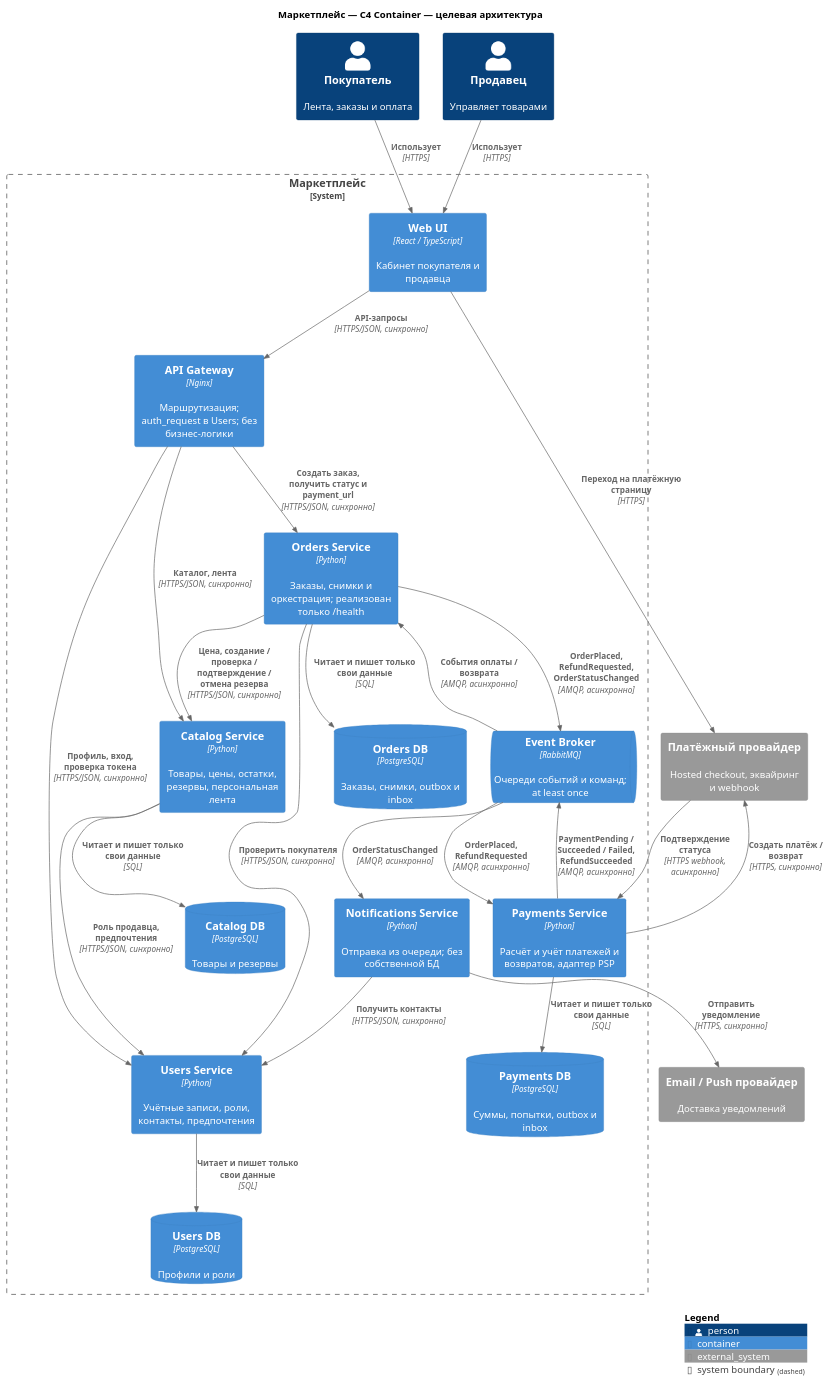
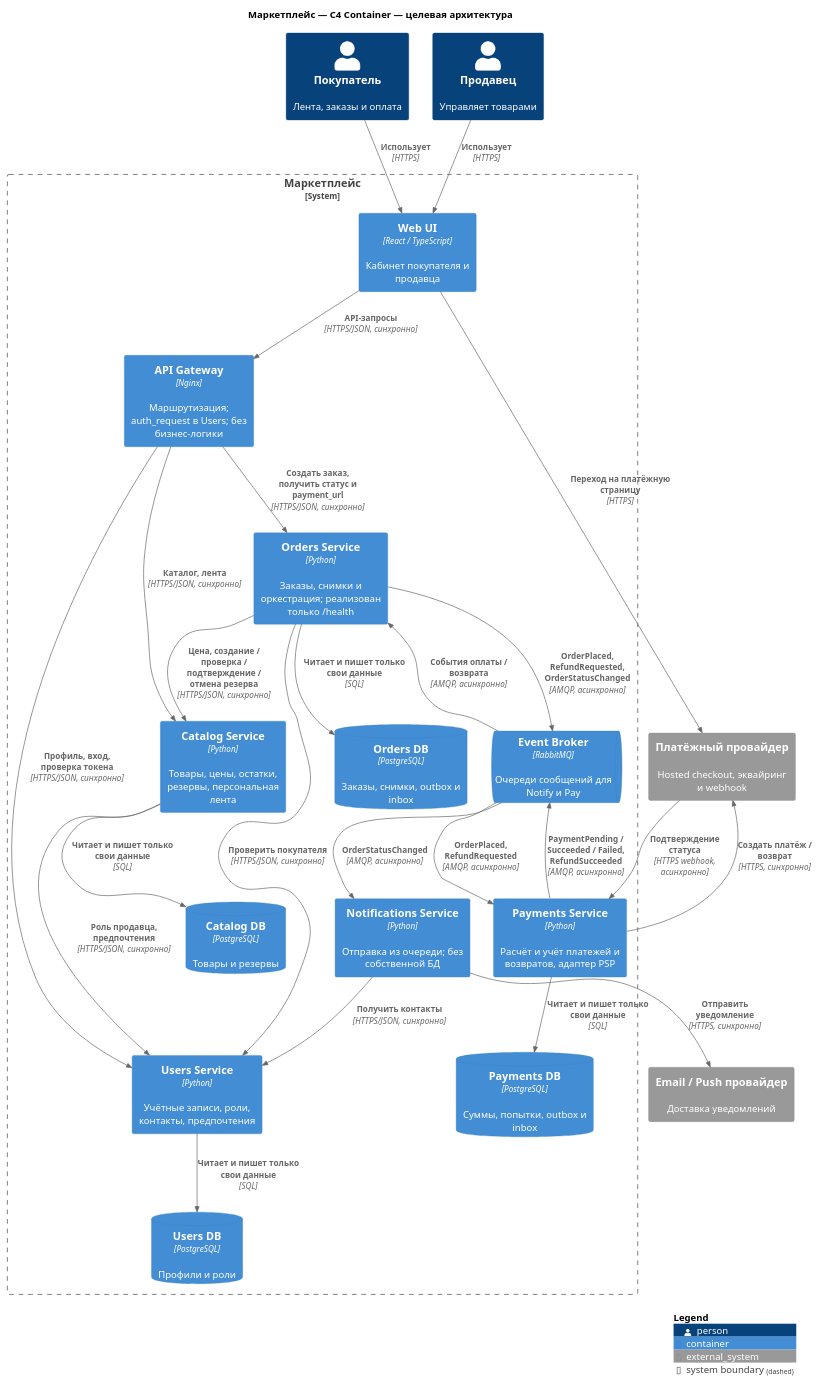
One commit to buziness11/soa changed the diagram in 01_2_балла_Диаграмма/container.puml. Above: the diagram before and after it, drawn with PlantUML. The commit also changed 2 other files, not shown here.

Commit message:
Clarify event broker label

```diff
--- a/01_2_балла_Диаграмма/container.puml
+++ b/01_2_балла_Диаграмма/container.puml
@@ -1,47 +1,47 @@
 @startuml MarketplaceContainers
 !include <C4/C4_Container>
 LAYOUT_TOP_DOWN()
 title Маркетплейс — C4 Container — целевая архитектура
 Person(buyer, "Покупатель", "Лента, заказы и оплата")
 Person(seller, "Продавец", "Управляет товарами")
 System_Ext(psp, "Платёжный провайдер", "Hosted checkout, эквайринг и webhook")
 System_Ext(provider, "Email / Push провайдер", "Доставка уведомлений")
 System_Boundary(marketplace, "Маркетплейс") {
   Container(ui, "Web UI", "React / TypeScript", "Кабинет покупателя и продавца")
   Container(gateway, "API Gateway", "Nginx", "Маршрутизация; auth_request в Users; без бизнес-логики")
   Container(users, "Users Service", "Python", "Учётные записи, роли, контакты, предпочтения")
   Container(catalog, "Catalog Service", "Python", "Товары, цены, остатки, резервы, персональная лента")
   Container(orders, "Orders Service", "Python", "Заказы, снимки и оркестрация; реализован только /health")
   Container(payments, "Payments Service", "Python", "Расчёт и учёт платежей и возвратов, адаптер PSP")
   Container(notifications, "Notifications Service", "Python", "Отправка из очереди; без собственной БД")
-  ContainerQueue(broker, "Event Broker", "RabbitMQ", "Очереди событий и команд; at least once")
+  ContainerQueue(broker, "Event Broker", "RabbitMQ", "Очереди сообщений для Notify и Pay")
   ContainerDb(usersdb, "Users DB", "PostgreSQL", "Профили и роли")
   ContainerDb(catalogdb, "Catalog DB", "PostgreSQL", "Товары и резервы")
   ContainerDb(ordersdb, "Orders DB", "PostgreSQL", "Заказы, снимки, outbox и inbox")
   ContainerDb(paymentsdb, "Payments DB", "PostgreSQL", "Суммы, попытки, outbox и inbox")
 }
 Rel(buyer, ui, "Использует", "HTTPS")
 Rel(seller, ui, "Использует", "HTTPS")
 Rel(ui, gateway, "API-запросы", "HTTPS/JSON, синхронно")
 Rel(gateway, users, "Профиль, вход, проверка токена", "HTTPS/JSON, синхронно")
 Rel(gateway, catalog, "Каталог, лента", "HTTPS/JSON, синхронно")
 Rel(gateway, orders, "Создать заказ, получить статус и payment_url", "HTTPS/JSON, синхронно")
 Rel(catalog, users, "Роль продавца, предпочтения", "HTTPS/JSON, синхронно")
 Rel(orders, users, "Проверить покупателя", "HTTPS/JSON, синхронно")
 Rel(orders, catalog, "Цена, создание / проверка / подтверждение / отмена резерва", "HTTPS/JSON, синхронно")
 Rel(notifications, users, "Получить контакты", "HTTPS/JSON, синхронно")
 Rel(users, usersdb, "Читает и пишет только свои данные", "SQL")
 Rel(catalog, catalogdb, "Читает и пишет только свои данные", "SQL")
 Rel(orders, ordersdb, "Читает и пишет только свои данные", "SQL")
 Rel(payments, paymentsdb, "Читает и пишет только свои данные", "SQL")
 Rel(orders, broker, "OrderPlaced, RefundRequested, OrderStatusChanged", "AMQP, асинхронно")
 Rel(broker, payments, "OrderPlaced, RefundRequested", "AMQP, асинхронно")
 Rel(payments, broker, "PaymentPending / Succeeded / Failed, RefundSucceeded", "AMQP, асинхронно")
 Rel(broker, orders, "События оплаты / возврата", "AMQP, асинхронно")
 Rel(broker, notifications, "OrderStatusChanged", "AMQP, асинхронно")
 Rel(payments, psp, "Создать платёж / возврат", "HTTPS, синхронно")
 Rel(psp, payments, "Подтверждение статуса", "HTTPS webhook, асинхронно")
 Rel(ui, psp, "Переход на платёжную страницу", "HTTPS")
 Rel(notifications, provider, "Отправить уведомление", "HTTPS, синхронно")
 SHOW_LEGEND()
 @enduml
```
